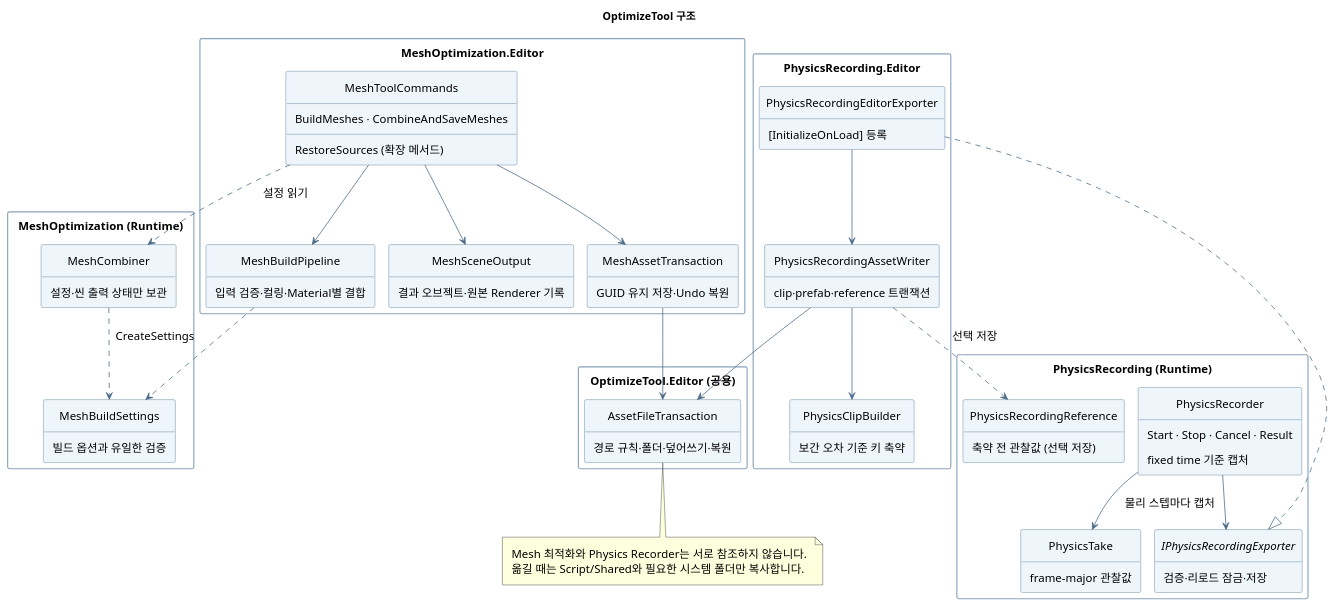
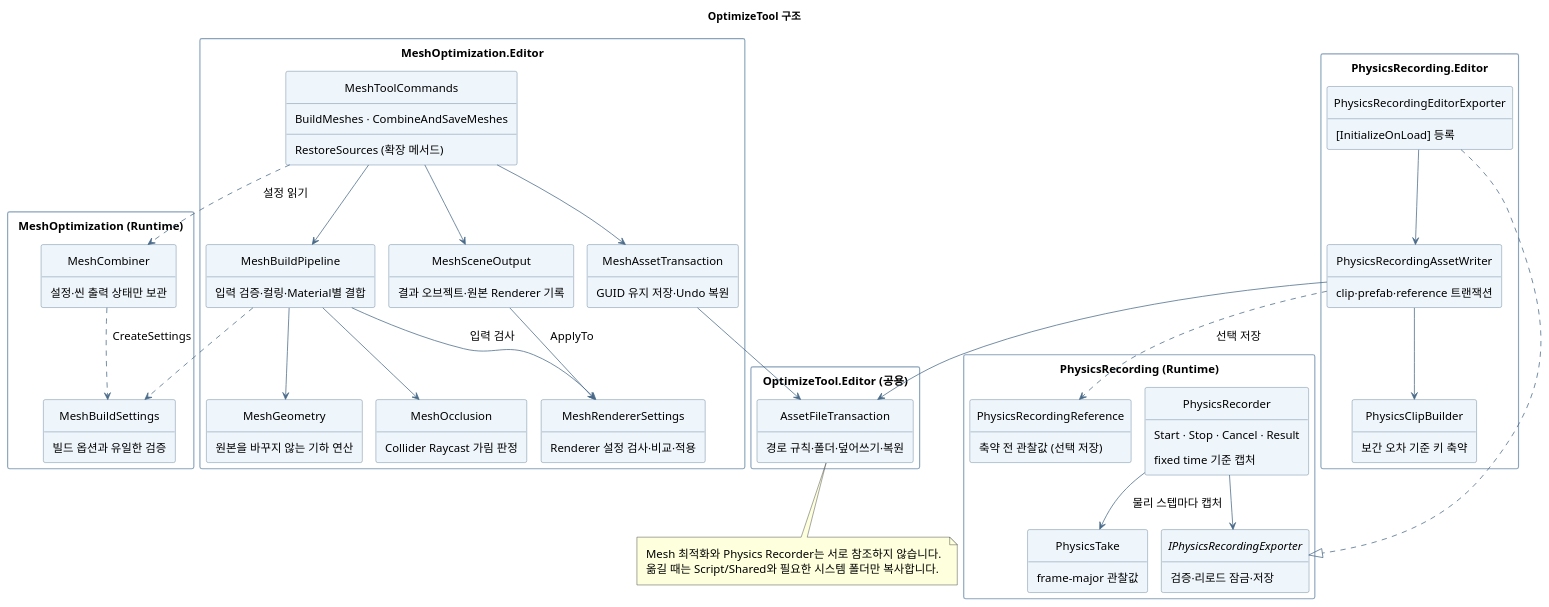
Before and after one commit to youwonsock/tool-unity-editor: the diagram in ToyProject/Assets/_OptimizeTool/Docs/optimizetool-structure.puml, drawn with PlantUML. The commit also changed 2 other files, not shown here.

Commit message:
TechnicalNotes 클래스 표와 구조도에 MeshRendererSettings·MeshGeometry·MeshOcclusion을 넣고 PNG를 다시 렌더링함

```diff
--- a/ToyProject/Assets/_OptimizeTool/Docs/optimizetool-structure.puml
+++ b/ToyProject/Assets/_OptimizeTool/Docs/optimizetool-structure.puml
@@ -1,96 +1,109 @@
 @startuml optimizetool-structure
 !pragma layout smetana
 skinparam shadowing false
 skinparam defaultFontName "Apple SD Gothic Neo"
 skinparam defaultFontSize 15
 skinparam ArrowColor #496A88
 skinparam Padding 6
 skinparam classBackgroundColor #EEF5FB
 skinparam classBorderColor #496A88
 skinparam packageBorderColor #8AA4BC
 skinparam packageStyle rectangle
 hide empty members
 hide circle
 set separator none
 title OptimizeTool 구조
 
 package "MeshOptimization (Runtime)" {
   class "MeshCombiner" as MeshComponents {
     설정·씬 출력 상태만 보관
   }
   class MeshBuildSettings {
     빌드 옵션과 유일한 검증
   }
 }
 
 package "MeshOptimization.Editor" {
   class MeshToolCommands {
     BuildMeshes · CombineAndSaveMeshes
     RestoreSources (확장 메서드)
   }
   class MeshBuildPipeline {
     입력 검증·컬링·Material별 결합
+  }
+  class MeshRendererSettings {
+    Renderer 설정 검사·비교·적용
+  }
+  class MeshGeometry {
+    원본을 바꾸지 않는 기하 연산
+  }
+  class MeshOcclusion {
+    Collider Raycast 가림 판정
   }
   class MeshSceneOutput {
     결과 오브젝트·원본 Renderer 기록
   }
   class MeshAssetTransaction {
     GUID 유지 저장·Undo 복원
   }
 }
 
 package "PhysicsRecording (Runtime)" {
   class PhysicsRecorder {
     Start · Stop · Cancel · Result
     fixed time 기준 캡처
   }
   class PhysicsTake {
     frame-major 관찰값
   }
   interface IPhysicsRecordingExporter {
     검증·리로드 잠금·저장
   }
   class PhysicsRecordingReference {
     축약 전 관찰값 (선택 저장)
   }
 }
 
 package "PhysicsRecording.Editor" {
   class PhysicsRecordingEditorExporter {
     [InitializeOnLoad] 등록
   }
   class PhysicsRecordingAssetWriter {
     clip·prefab·reference 트랜잭션
   }
   class PhysicsClipBuilder {
     보간 오차 기준 키 축약
   }
 }
 
 package "OptimizeTool.Editor (공용)" {
   class AssetFileTransaction {
     경로 규칙·폴더·덮어쓰기·복원
   }
 }
 
 MeshToolCommands ..> MeshComponents : 설정 읽기
 MeshComponents ..> MeshBuildSettings : CreateSettings
 MeshToolCommands --> MeshBuildPipeline
 MeshBuildPipeline ..> MeshBuildSettings
+MeshBuildPipeline --> MeshGeometry
+MeshBuildPipeline --> MeshOcclusion
+MeshBuildPipeline --> MeshRendererSettings : 입력 검사
+MeshSceneOutput --> MeshRendererSettings : ApplyTo
 MeshToolCommands --> MeshSceneOutput
 MeshToolCommands --> MeshAssetTransaction
 MeshAssetTransaction --> AssetFileTransaction
 
 PhysicsRecorder --> PhysicsTake : 물리 스텝마다 캡처
 PhysicsRecorder --> IPhysicsRecordingExporter
 PhysicsRecordingEditorExporter ..|> IPhysicsRecordingExporter
 PhysicsRecordingEditorExporter --> PhysicsRecordingAssetWriter
 PhysicsRecordingAssetWriter --> PhysicsClipBuilder
 PhysicsRecordingAssetWriter ..> PhysicsRecordingReference : 선택 저장
 PhysicsRecordingAssetWriter --> AssetFileTransaction
 
 note bottom of AssetFileTransaction
 Mesh 최적화와 Physics Recorder는 서로 참조하지 않습니다.
 옮길 때는 Script/Shared와 필요한 시스템 폴더만 복사합니다.
 end note
 @enduml
```
